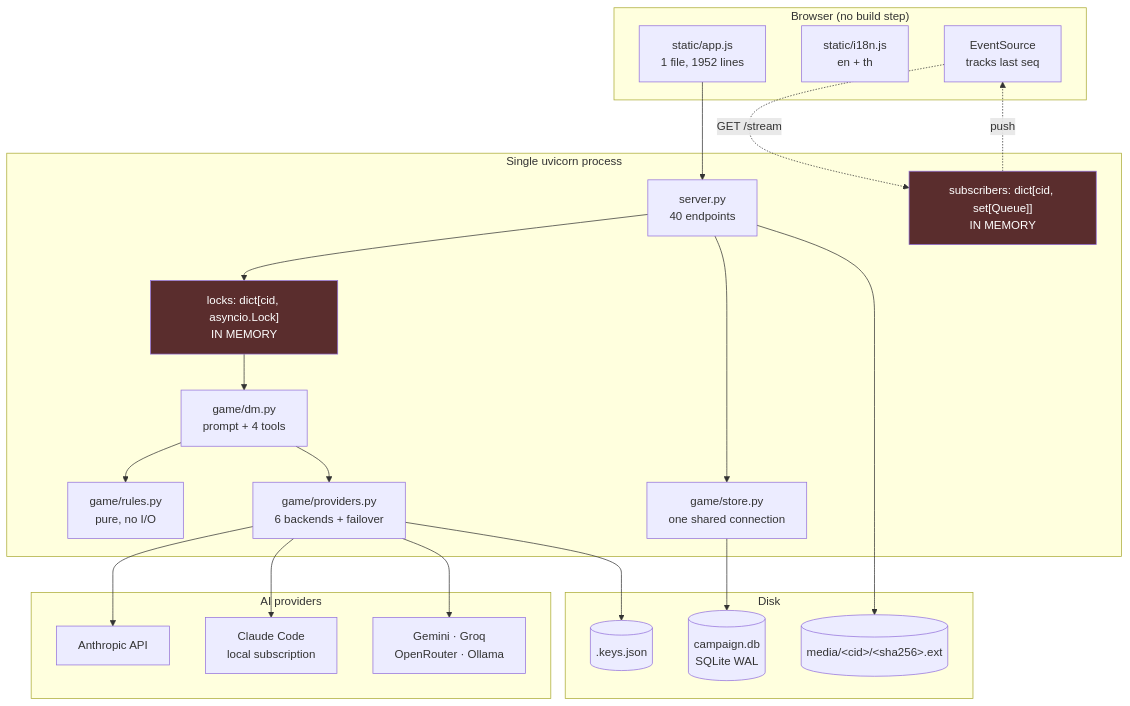
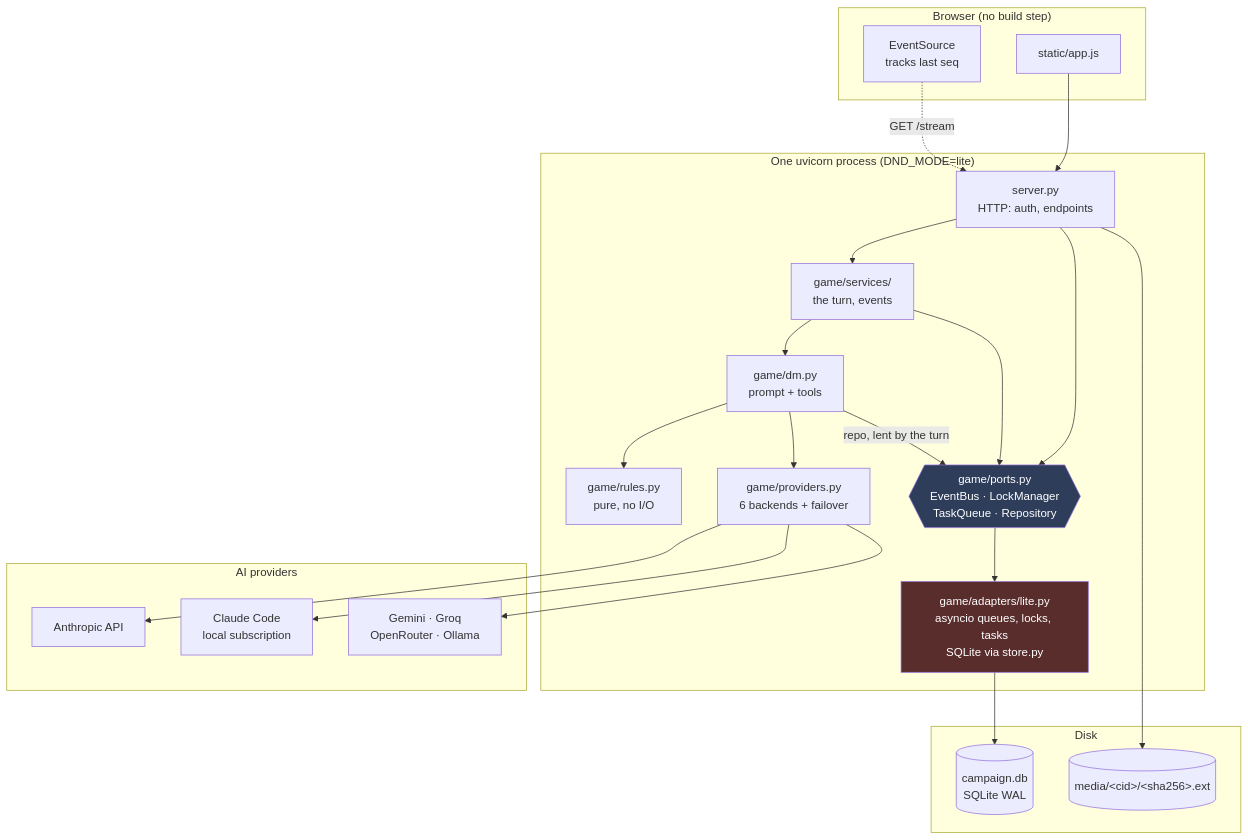
The first of 5 diagrams in ARCHITECTURE.md (theam-ops/ai-dungeon-master), drawn with Mermaid before and after one commit. The commit also changed other lines of this file and 37 other files, not shown here.

First line of the commit message:
Harden media, derive armour class, and put the server behind ports

````diff
--- a/ARCHITECTURE.md
+++ b/ARCHITECTURE.md
@@ -50,44 +50,42 @@
 ```mermaid
 graph TB
     subgraph Browser["Browser (no build step)"]
-        UI["static/app.js<br/>1 file, 1952 lines"]
-        I18N["static/i18n.js<br/>en + th"]
+        UI["static/app.js"]
         SSE["EventSource<br/>tracks last seq"]
     end
 
-    subgraph Process["Single uvicorn process"]
-        API["server.py<br/>40 endpoints"]
-        SUBS["subscribers: dict[cid, set[Queue]]<br/>IN MEMORY"]
-        LOCKS["locks: dict[cid, asyncio.Lock]<br/>IN MEMORY"]
-        DM["game/dm.py<br/>prompt + 4 tools"]
+    subgraph Process["One uvicorn process (DND_MODE=lite)"]
+        API["server.py<br/>HTTP: auth, endpoints"]
+        SVC["game/services/<br/>the turn, events"]
+        DM["game/dm.py<br/>prompt + tools"]
         RULES["game/rules.py<br/>pure, no I/O"]
         PROV["game/providers.py<br/>6 backends + failover"]
-        STORE["game/store.py<br/>one shared connection"]
+        PORTS{{"game/ports.py<br/>EventBus · LockManager<br/>TaskQueue · Repository"}}
+        LITE["game/adapters/lite.py<br/>asyncio queues, locks, tasks<br/>SQLite via store.py"]
     end
 
     subgraph Disk
         DB[("campaign.db<br/>SQLite WAL")]
         MEDIA[("media/&lt;cid&gt;/&lt;sha256&gt;.ext")]
-        KEYS[(".keys.json")]
     end
 
     subgraph External["AI providers"]
         CA["Anthropic API"]
         CC["Claude Code<br/>local subscription"]
         OTHER["Gemini · Groq<br/>OpenRouter · Ollama"]
     end
 
     UI --> API
-    SSE -.->|"GET /stream"| SUBS
-    API --> LOCKS --> DM
-    DM --> RULES
-    DM --> PROV
-    PROV --> CA & CC & OTHER
-    API --> STORE --> DB
+    SSE -.->|"GET /stream"| API
+    API --> SVC
+    API --> PORTS
+    SVC --> PORTS
+    SVC --> DM --> RULES
+    DM --> PROV --> CA & CC & OTHER
+    DM -->|"repo, lent by the turn"| PORTS
+    PORTS --> LITE --> DB
     API --> MEDIA
-    PROV --> KEYS
-    SUBS -.->|"push"| SSE
 
-    style SUBS fill:#5a2d2d,color:#fff
-    style LOCKS fill:#5a2d2d,color:#fff
+    style PORTS fill:#2d3d5a,color:#fff
+    style LITE fill:#5a2d2d,color:#fff
 ```
````
